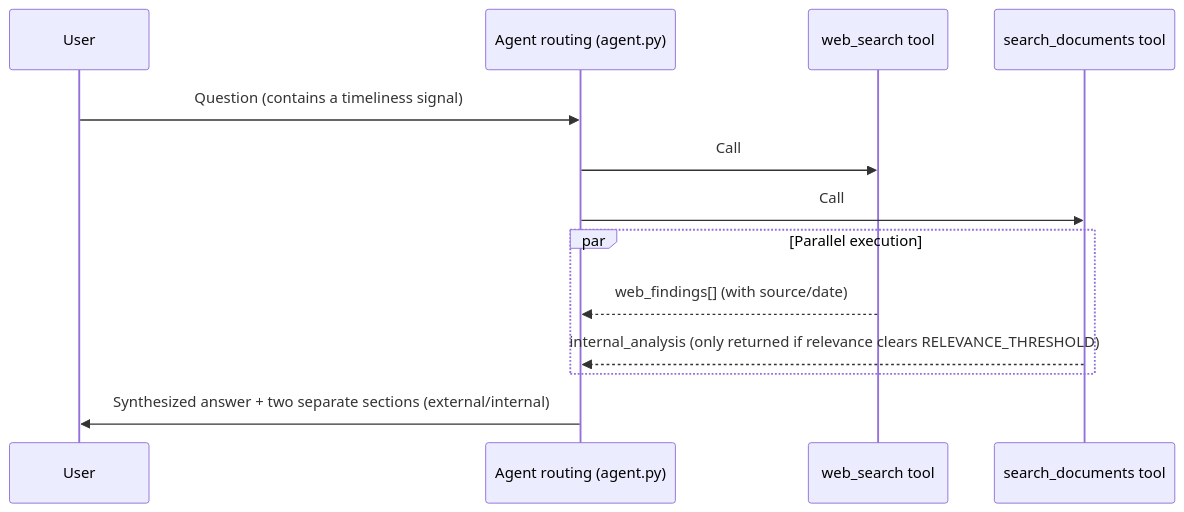
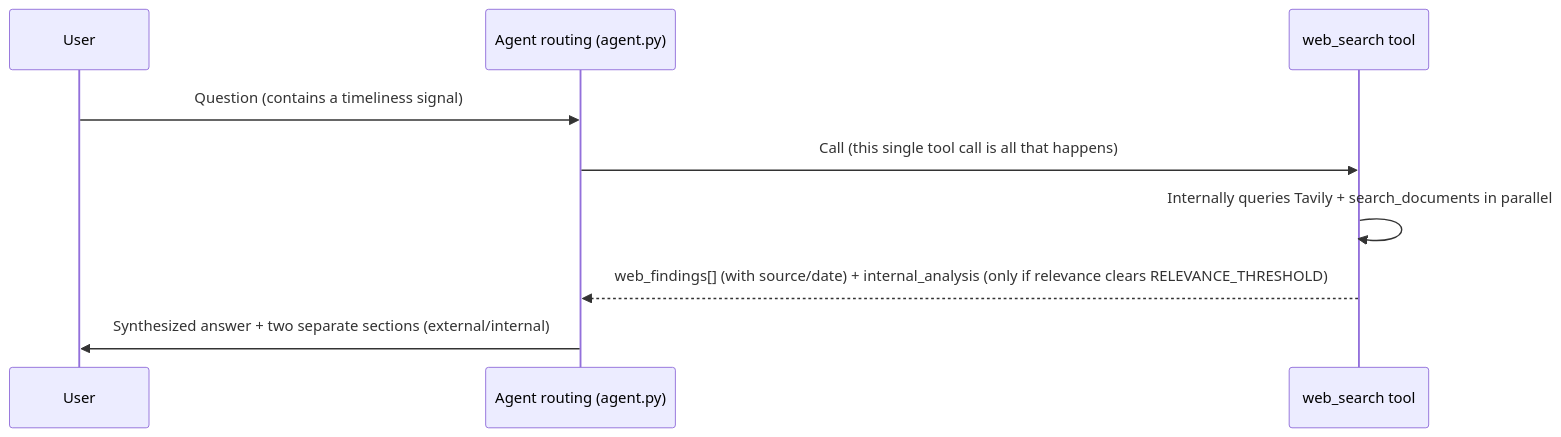
Before and after one commit to hondezxapahat-del/sinolytics-rag-demo: the second of 4 diagrams in docs/TechSpec_v1.1.en.md, drawn with Mermaid. The commit also changed other lines of this file and 17 other files, not shown here.

````diff
--- a/docs/TechSpec_v1.1.en.md
+++ b/docs/TechSpec_v1.1.en.md
@@ -122,15 +123,11 @@
 ```mermaid
 sequenceDiagram
     participant U as User
     participant A as Agent routing (agent.py)
     participant W as web_search tool
-    participant S as search_documents tool
     U->>A: Question (contains a timeliness signal)
-    A->>W: Call
-    A->>S: Call
-    par Parallel execution
-        W-->>A: web_findings[] (with source/date)
-        S-->>A: internal_analysis (only returned if relevance clears RELEVANCE_THRESHOLD)
-    end
+    A->>W: Call (this single tool call is all that happens)
+    W->>W: Internally queries Tavily + search_documents in parallel
+    W-->>A: web_findings[] (with source/date) + internal_analysis (only if relevance clears RELEVANCE_THRESHOLD)
     A->>U: Synthesized answer + two separate sections (external/internal)
 ```
````
